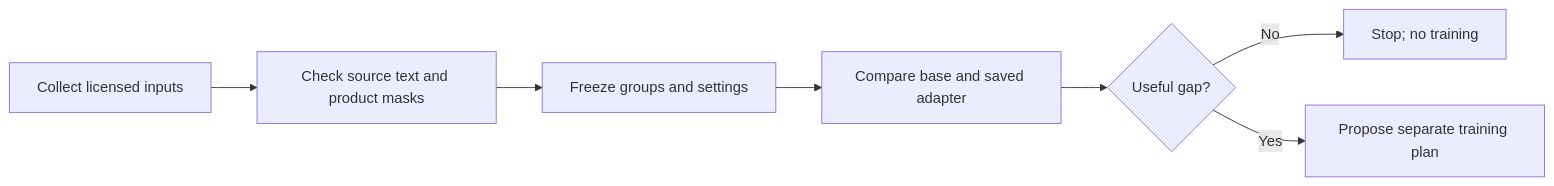
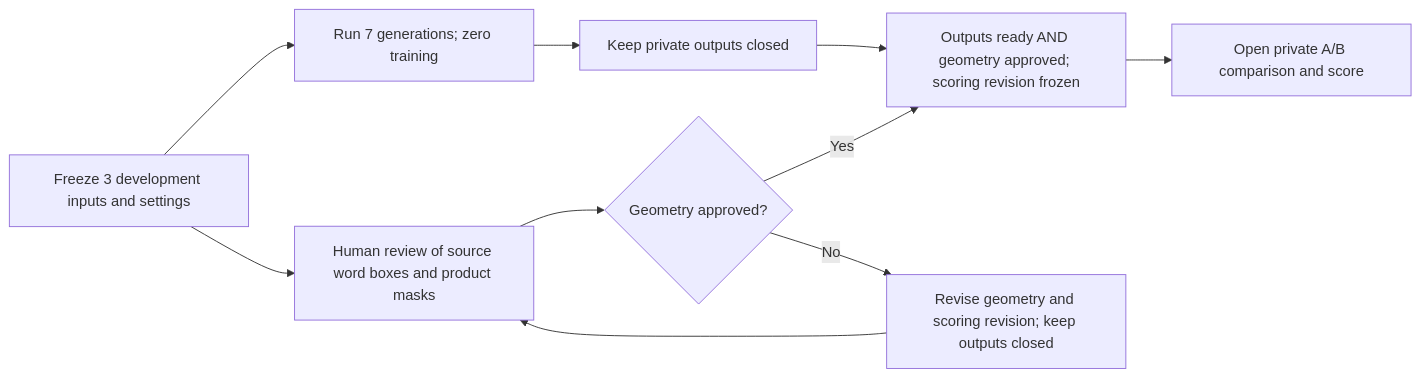
The diagram in docs/real-photo-evaluation.md (1337mus/scenetune), drawn with Mermaid before and after one commit. The commit also changed other lines of this file and 7 other files, not shown here.

First line of the commit message:
feat: add a bounded real-photo base and adapter comparison

````diff
--- a/docs/real-photo-evaluation.md
+++ b/docs/real-photo-evaluation.md
@@ -35,9 +41,12 @@
 ```mermaid
 flowchart LR
-    A[Collect licensed inputs] --> B[Check source text and product masks]
-    B --> C[Freeze groups and settings]
-    C --> D[Compare base and saved adapter]
-    D --> E{Useful gap?}
-    E -->|No| F[Stop; no training]
-    E -->|Yes| G[Propose separate training plan]
+    A[Freeze 3 development inputs and settings] --> B[Run 7 generations; zero training]
+    B --> C[Keep private outputs closed]
+    A --> D[Human review of source word boxes and product masks]
+    D --> E{Geometry approved?}
+    C --> H[Outputs ready AND geometry approved; scoring revision frozen]
+    E -->|Yes| H
+    E -->|No| G[Revise geometry and scoring revision; keep outputs closed]
+    G --> D
+    H --> F[Open private A/B comparison and score]
 ```
````
